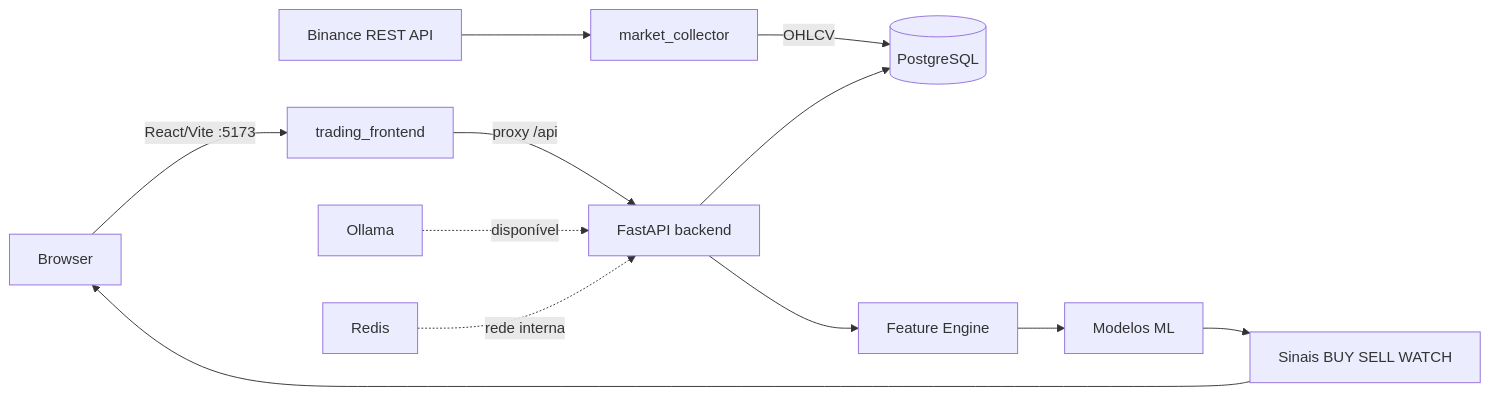
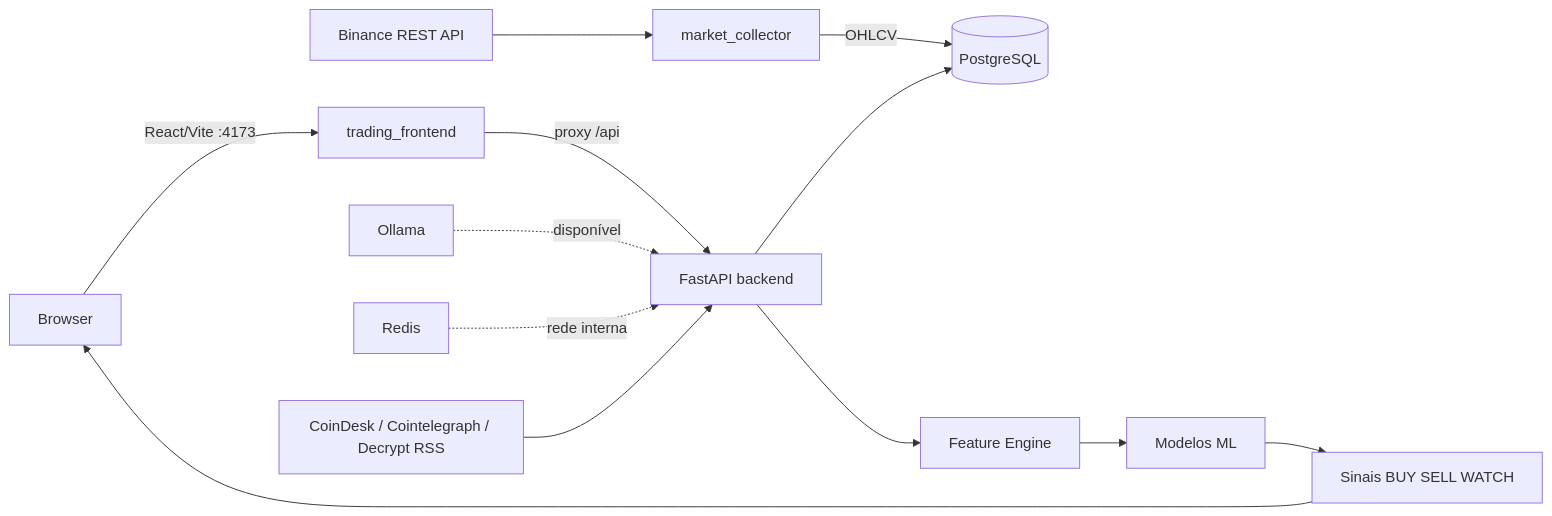
The first of 7 diagrams in docs/ARCHITECTURE.md (powerlok/tradeai), drawn with Mermaid before and after one commit. The commit also changed other lines of this file and 85 other files, not shown here.

````diff
--- a/docs/ARCHITECTURE.md
+++ b/docs/ARCHITECTURE.md
@@ -19,14 +19,15 @@
 ```mermaid
 flowchart LR
     Binance[Binance REST API] --> Collector[market_collector]
     Collector -->|OHLCV| Postgres[(PostgreSQL)]
-    Browser[Browser] -->|React/Vite :5173| Frontend[trading_frontend]
+    Browser[Browser] -->|React/Vite :4173| Frontend[trading_frontend]
     Frontend -->|proxy /api| Backend[FastAPI backend]
     Backend --> Postgres
     Backend --> Features[Feature Engine]
     Features --> Models[Modelos ML]
     Models --> Signals[Sinais BUY SELL WATCH]
     Signals --> Browser
     Ollama[Ollama] -. disponível .-> Backend
     Redis[Redis] -. rede interna .-> Backend
+    RSS[CoinDesk / Cointelegraph / Decrypt RSS] --> Backend
 ```
````
